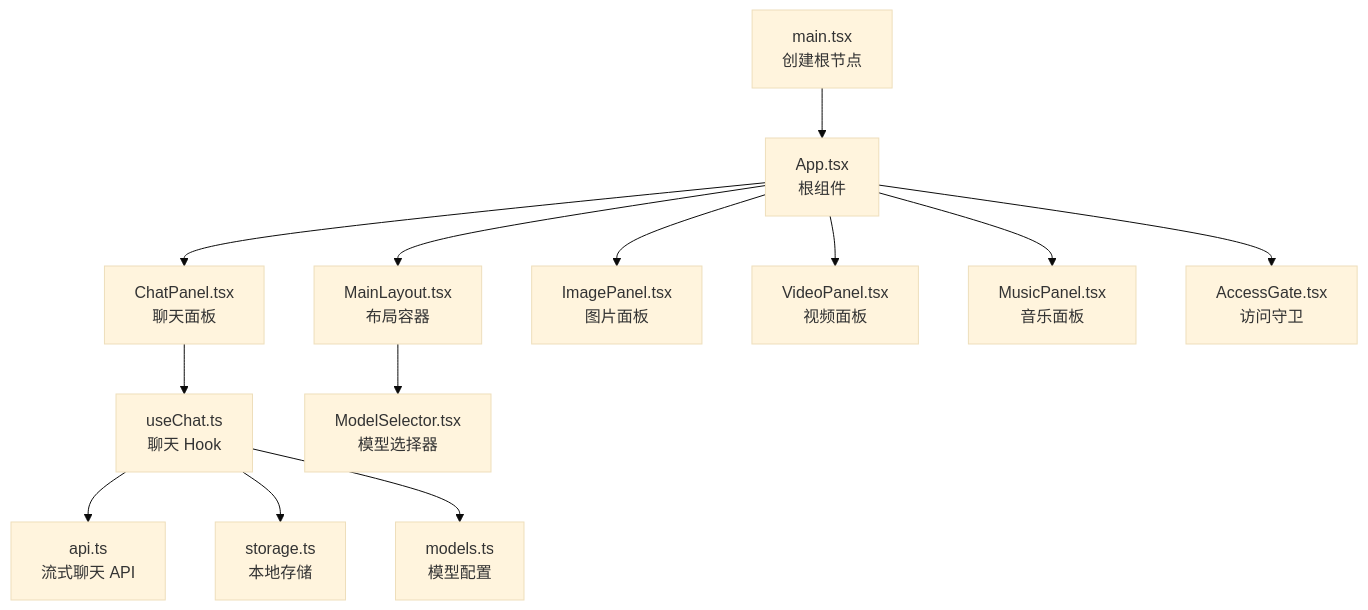
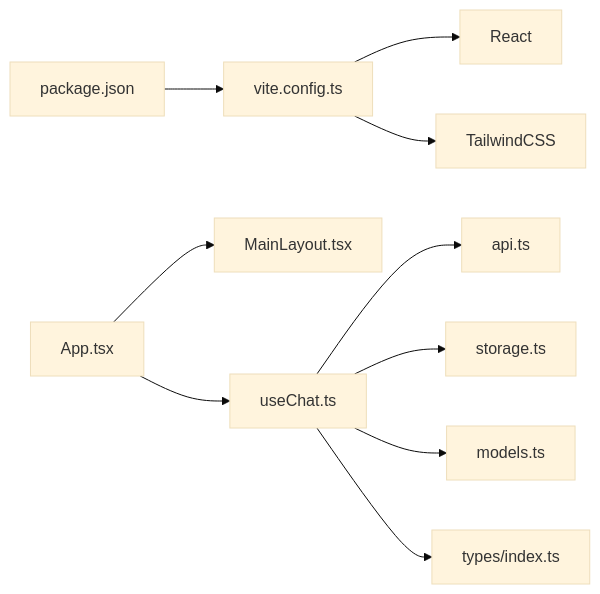
Before and after one commit to billye220670/AIShop: the seventh of 7 diagrams in .qoder/repowiki/zh/content/架构设计/整体架构概览.md, drawn with Mermaid (base theme). The commit also changed other lines of this file and 135 other files, not shown here.

````diff
--- a/.qoder/repowiki/zh/content/架构设计/整体架构概览.md
+++ b/.qoder/repowiki/zh/content/架构设计/整体架构概览.md
@@ -176,15 +279,12 @@
 ```mermaid
-graph TB
-Root["main.tsx<br/>创建根节点"] --> App["App.tsx<br/>根组件"]
-App --> Layout["MainLayout.tsx<br/>布局容器"]
-App --> Chat["ChatPanel.tsx<br/>聊天面板"]
-App --> Image["ImagePanel.tsx<br/>图片面板"]
-App --> Video["VideoPanel.tsx<br/>视频面板"]
-App --> Music["MusicPanel.tsx<br/>音乐面板"]
-App --> Gate["AccessGate.tsx<br/>访问守卫"]
-Chat --> Hook["useChat.ts<br/>聊天 Hook"]
-Hook --> API["api.ts<br/>流式聊天 API"]
-Hook --> Store["storage.ts<br/>本地存储"]
-Hook --> Models["models.ts<br/>模型配置"]
-Layout --> Selector["ModelSelector.tsx<br/>模型选择器"]
+graph LR
+Pkg["package.json"] --> Vite["vite.config.ts"]
+Vite --> React["React"]
+Vite --> Tailwind["TailwindCSS"]
+App["App.tsx"] --> Layout["MainLayout.tsx"]
+App --> Hook["useChat.ts"]
+Hook --> API["api.ts"]
+Hook --> Store["storage.ts"]
+Hook --> Models["models.ts"]
+Hook --> Types["types/index.ts"]
 ```
````
